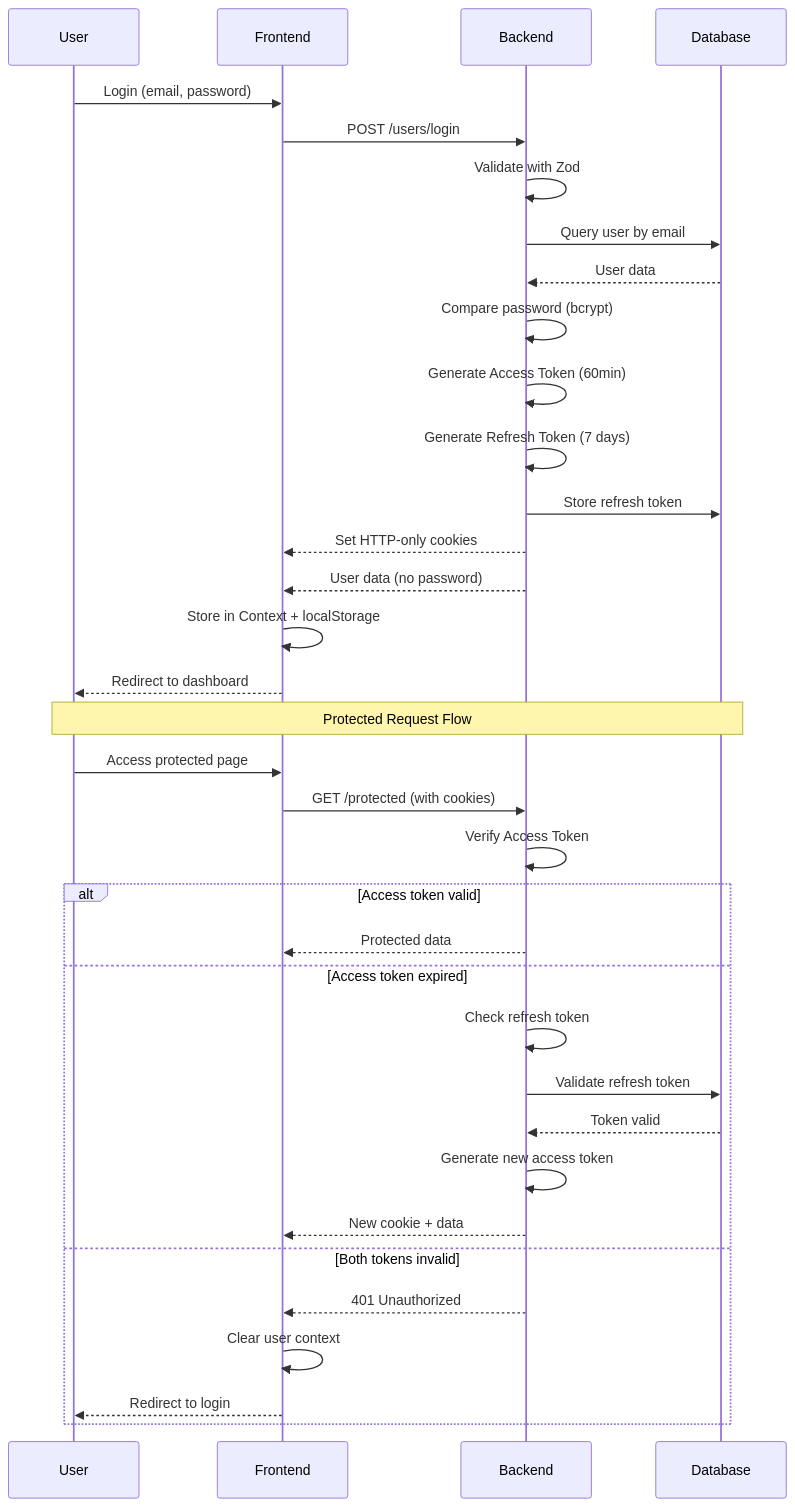
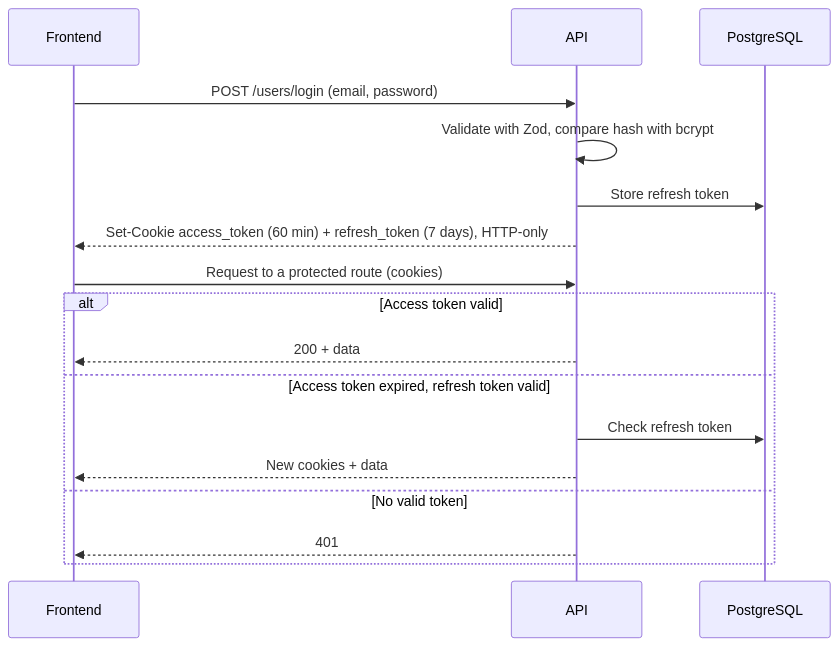
One commit to JoseLoder/Pawn-to-Pawn changed the third of 3 diagrams in README.md. Above: the diagram before and after it, drawn with Mermaid. The commit also changed other lines of this file and 3 other files, not shown here.

First line of the commit message:
docs: rewrite README and fix local database schema

````diff
--- a/README.md
+++ b/README.md
@@ -106,41 +83,21 @@
 ```mermaid
 sequenceDiagram
-    participant U as User
     participant F as Frontend
-    participant B as Backend
-    participant DB as Database
+    participant A as API
+    participant DB as PostgreSQL
 
-    U->>F: Login (email, password)
-    F->>B: POST /users/login
-    B->>B: Validate with Zod
-    B->>DB: Query user by email
-    DB-->>B: User data
-    B->>B: Compare password (bcrypt)
-    B->>B: Generate Access Token (60min)
-    B->>B: Generate Refresh Token (7 days)
-    B->>DB: Store refresh token
-    B-->>F: Set HTTP-only cookies
-    B-->>F: User data (no password)
-    F->>F: Store in Context + localStorage
-    F-->>U: Redirect to dashboard
+    F->>A: POST /users/login (email, password)
+    A->>A: Validate with Zod, compare hash with bcrypt
+    A->>DB: Store refresh token
+    A-->>F: Set-Cookie access_token (60 min) + refresh_token (7 days), HTTP-only
 
-    Note over U,DB: Protected Request Flow
-
-    U->>F: Access protected page
-    F->>B: GET /protected (with cookies)
-    B->>B: Verify Access Token
-
+    F->>A: Request to a protected route (cookies)
     alt Access token valid
-        B-->>F: Protected data
-    else Access token expired
-        B->>B: Check refresh token
-        B->>DB: Validate refresh token
-        DB-->>B: Token valid
-        B->>B: Generate new access token
-        B-->>F: New cookie + data
-    else Both tokens invalid
-        B-->>F: 401 Unauthorized
-        F->>F: Clear user context
-        F-->>U: Redirect to login
+        A-->>F: 200 + data
+    else Access token expired, refresh token valid
+        A->>DB: Check refresh token
+        A-->>F: New cookies + data
+    else No valid token
+        A-->>F: 401
     end
 ```
````
